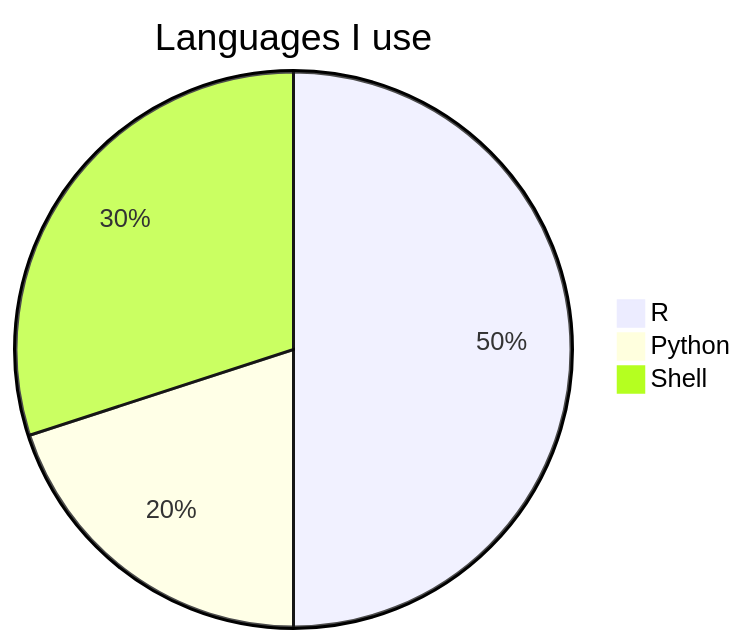
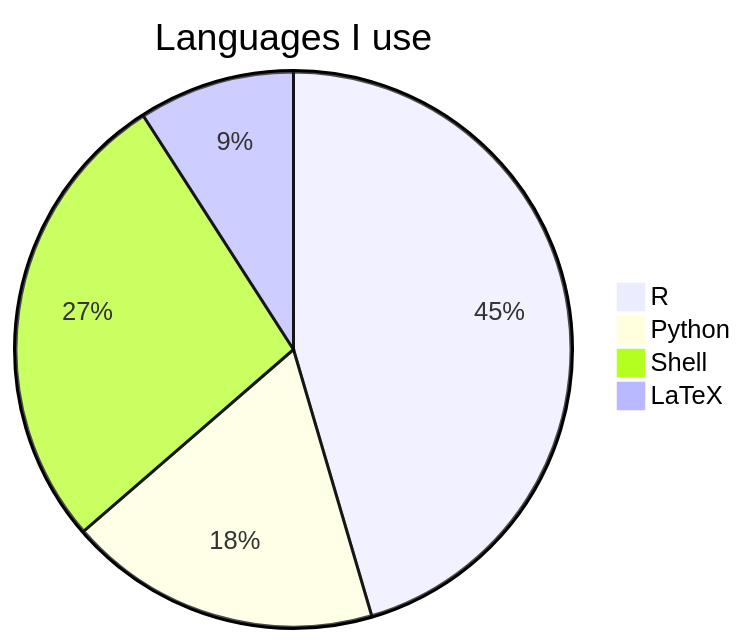
One commit to alexchaichan/alexchaichan changed the diagram in README.md. Above: the diagram before and after it, drawn with Mermaid.

````diff
--- a/README.md
+++ b/README.md
@@ -1,7 +1,8 @@
 ```mermaid
 pie
     title Languages I use
     "R" : 5
     "Python" : 2
     "Shell" : 3 
+    "\LaTeX" : 1
 ```
````
